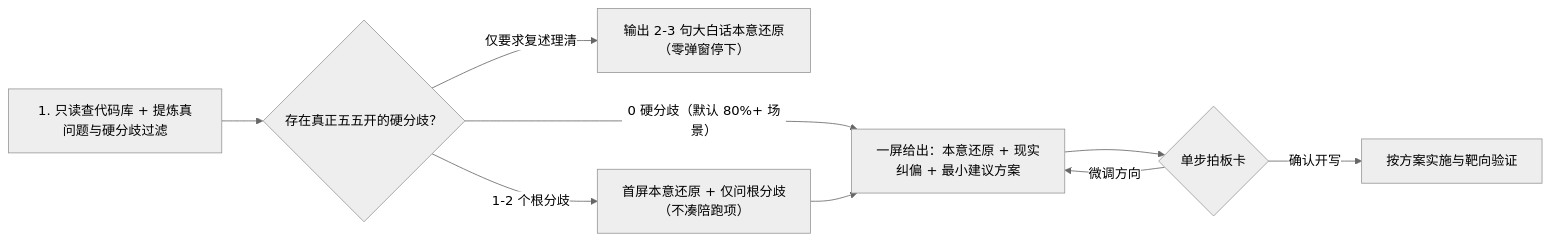
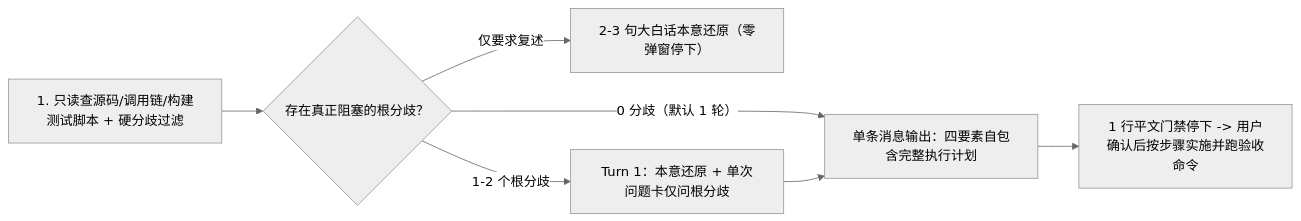
Before and after one commit to lastxuanain/ainward-skills: the diagram in skills/plan-review/README.zh-CN.md, drawn with Mermaid (neutral theme). The commit also changed other lines of this file and 25 other files, not shown here.

````diff
--- a/skills/plan-review/README.zh-CN.md
+++ b/skills/plan-review/README.zh-CN.md
@@ -29,11 +22,9 @@
 ```mermaid
 flowchart LR
-    A["1. 只读查代码库 + 提炼真问题与硬分歧过滤"] --> B{"存在真正五五开的硬分歧？"}
-    B -- "仅要求复述理清" --> G["输出 2-3 句大白话本意还原（零弹窗停下）"]
-    B -- "0 硬分歧（默认 80%+ 场景）" --> C["一屏给出：本意还原 + 现实纠偏 + 最小建议方案"]
-    B -- "1-2 个根分歧" --> D["首屏本意还原 + 仅问根分歧（不凑陪跑项）"]
+    A["1. 只读查源码/调用链/构建测试脚本 + 硬分歧过滤"] --> B{"存在真正阻塞的根分歧？"}
+    B -- "仅要求复述" --> G["2-3 句大白话本意还原（零弹窗停下）"]
+    B -- "0 分歧（默认 1 轮）" --> C["单条消息输出：四要素自包含完整执行计划"]
+    B -- "1-2 个根分歧" --> D["Turn 1：本意还原 + 单次问题卡仅问根分歧"]
     D --> C
-    C --> E{"单步拍板卡"}
-    E -- "确认开写" --> F["按方案实施与靶向验证"]
-    E -- "微调方向" --> C
+    C --> E["1 行平文门禁停下 -> 用户确认后按步骤实施并跑验收命令"]
 ```
````
